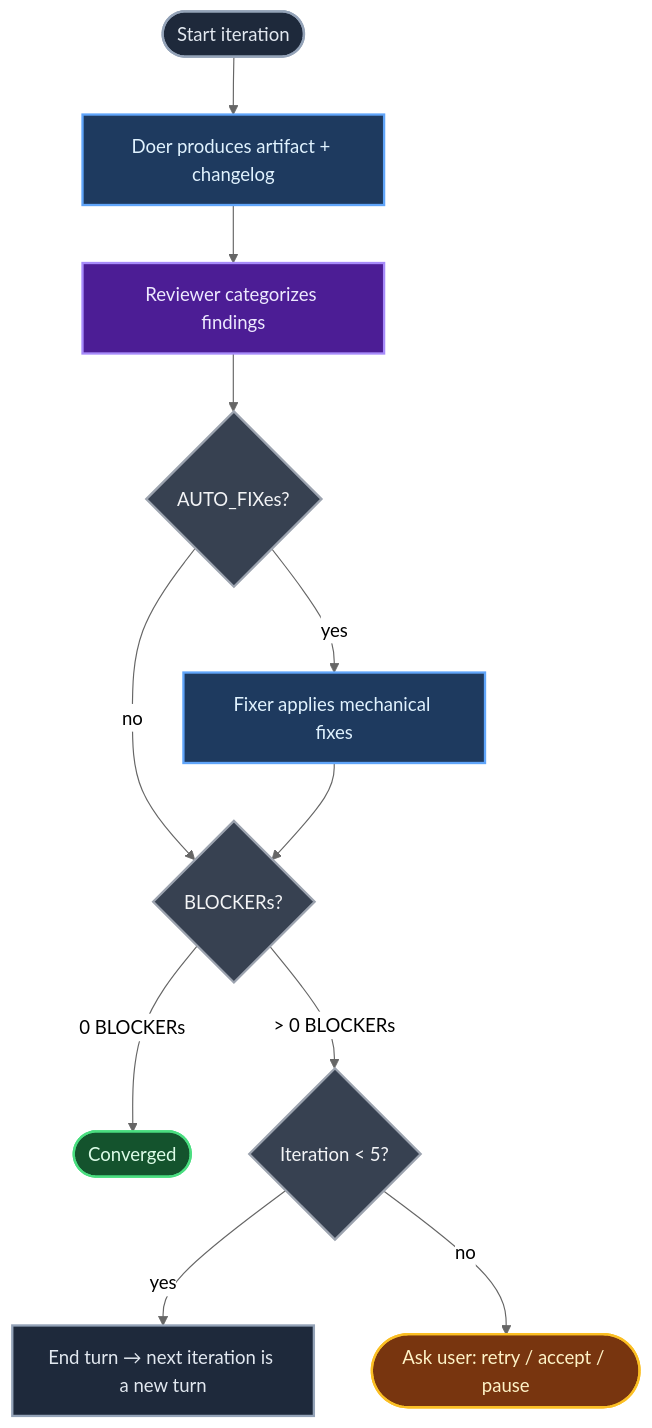
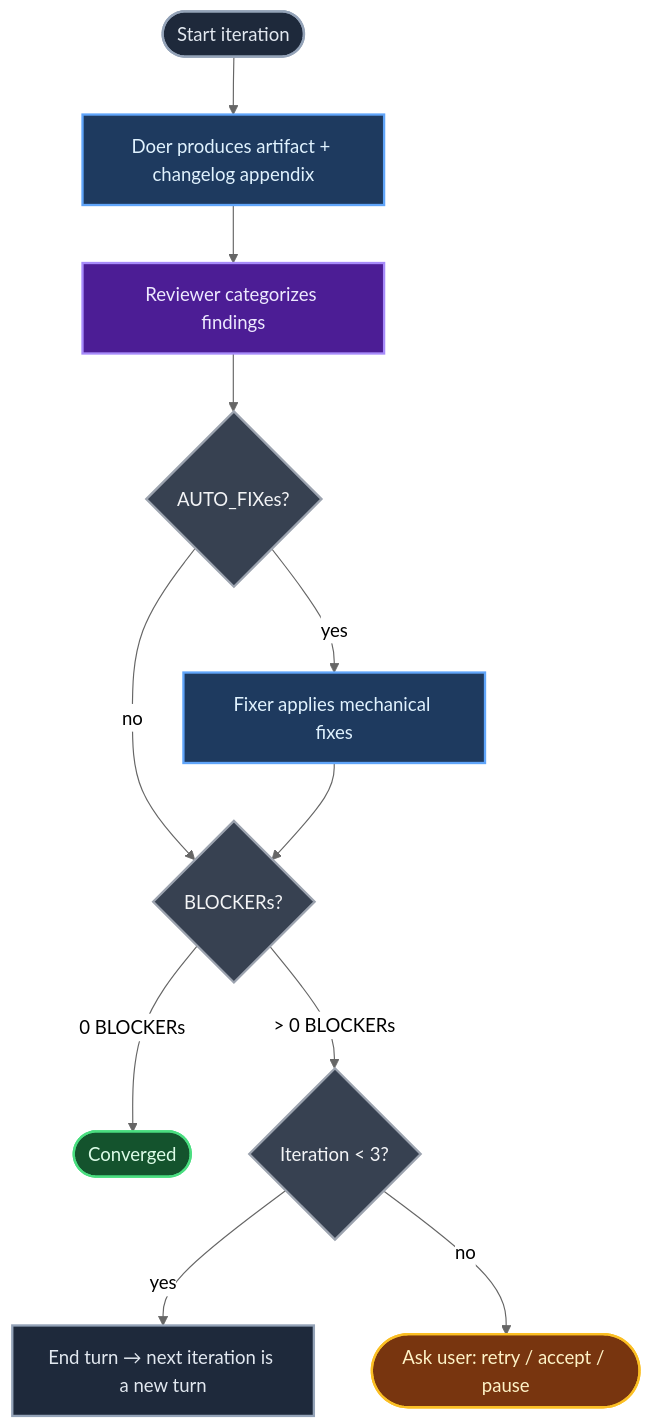
One commit to icarloscornejo/doer changed the third of 3 diagrams in README.md. Above: the diagram before and after it, drawn with Mermaid (neutral theme). The commit also changed other lines of this file and 1 other file, not shown here.

````diff
--- a/README.md
+++ b/README.md
@@ -159,20 +180,20 @@
 ```mermaid
 flowchart TD
-    Start([Start iteration]):::plain --> Doer[Doer produces artifact + changelog]:::doer
+    Start([Start iteration]):::plain --> Doer[Doer produces artifact + changelog appendix]:::doer
     Doer --> Reviewer[Reviewer categorizes findings]:::reviewer
     Reviewer --> Auto{AUTO_FIXes?}:::decision
     Auto -- "yes" --> Fixer[Fixer applies mechanical fixes]:::doer
     Auto -- "no" --> Check{BLOCKERs?}:::decision
     Fixer --> Check
     Check -- "0 BLOCKERs" --> Done([Converged]):::success
-    Check -- "> 0 BLOCKERs" --> Max{Iteration < 5?}:::decision
+    Check -- "> 0 BLOCKERs" --> Max{Iteration < 3?}:::decision
     Max -- "yes" --> Next[End turn → next iteration is a new turn]:::plain
     Max -- "no" --> Ask([Ask user: retry / accept / pause]):::warn
 
     classDef plain fill:#1e293b,stroke:#94a3b8,stroke-width:2px,color:#e2e8f0
     classDef doer fill:#1e3a5f,stroke:#60a5fa,stroke-width:2px,color:#e0f2fe
     classDef reviewer fill:#4c1d95,stroke:#a78bfa,stroke-width:2px,color:#ede9fe
     classDef decision fill:#374151,stroke:#9ca3af,stroke-width:2px,color:#f3f4f6
     classDef success fill:#14532d,stroke:#4ade80,stroke-width:2px,color:#dcfce7
     classDef warn fill:#78350f,stroke:#fbbf24,stroke-width:2px,color:#fef3c7
 ```
````
